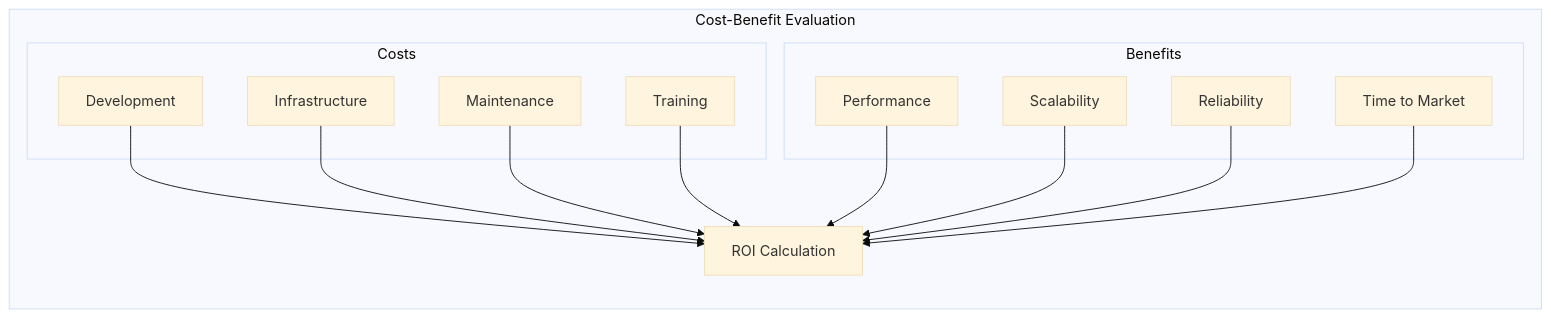
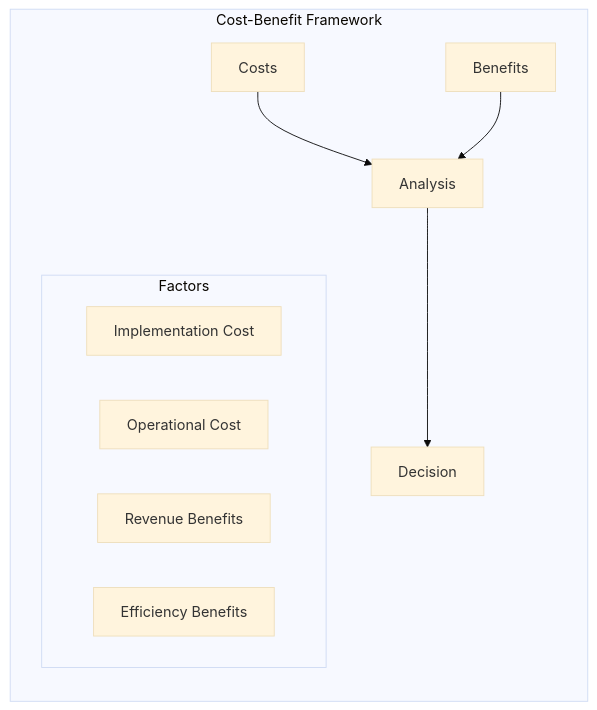
One commit to saravanakumarrc/Architecture_Journey changed the third of 5 diagrams in src/Trade_off_Analysis.md. Above: the diagram before and after it, drawn with Mermaid (base theme). The commit also changed other lines of this file and 7 other files, not shown here.

First line of the commit message:
Refactor Trade-off Analysis documentation and enhance architecture governance models

````diff
--- a/src/Trade_off_Analysis.md
+++ b/src/Trade_off_Analysis.md
@@ -128,25 +108,15 @@
 ```mermaid
-graph TB
-    subgraph "Cost-Benefit Evaluation"
-        direction TB
+graph LR
+    subgraph "Cost-Benefit Framework"
+        C[Costs] --> A[Analysis]
+        B[Benefits] --> A
+        A --> D[Decision]
         
-        subgraph "Costs"
-            C1[Development]
-            C2[Infrastructure]
-            C3[Maintenance]
-            C4[Training]
+        subgraph "Factors"
+            IC[Implementation Cost]
+            OC[Operational Cost]
+            RB[Revenue Benefits]
+            EB[Efficiency Benefits]
         end
-        
-        subgraph "Benefits"
-            B1[Performance]
-            B2[Scalability]
-            B3[Reliability]
-            B4[Time to Market]
-        end
-        
-        ROI[ROI Calculation]
-        
-        C1 & C2 & C3 & C4 --> ROI
-        B1 & B2 & B3 & B4 --> ROI
     end
 ```
````
